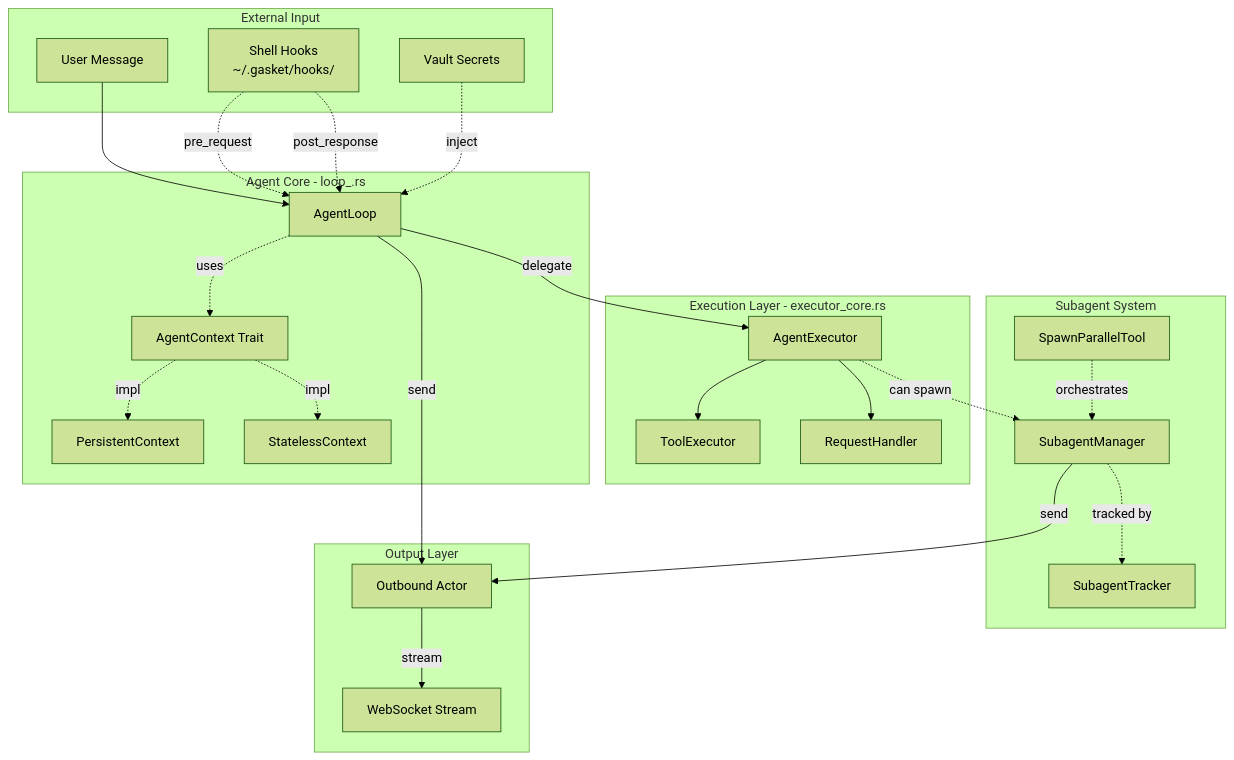
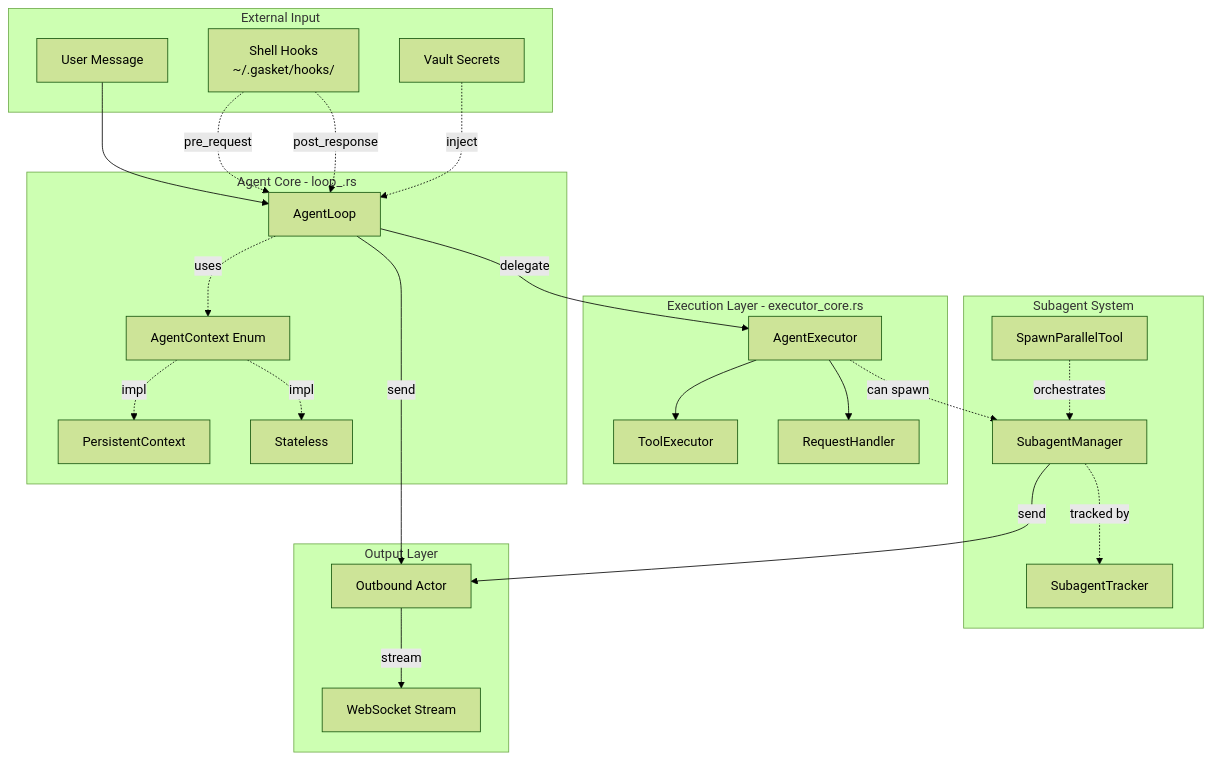
One commit to yeheng/nanobot-rs changed the first of 4 diagrams in docs/agent_flow-en.md. Above: the diagram before and after it, drawn with Mermaid (forest theme). The commit also changed other lines of this file and 22 other files, not shown here.

````diff
--- a/docs/agent_flow-en.md
+++ b/docs/agent_flow-en.md
@@ -9,53 +9,53 @@
 ```mermaid
 flowchart TB
     subgraph External["External Input"]
         User[User Message]
         Hook[Shell Hooks<br/>~/.gasket/hooks/]
         Vault[Vault Secrets]
     end
 
     subgraph AgentCore["Agent Core - loop_.rs"]
         AL[AgentLoop]
-        AC[AgentContext Trait]
+        AC[AgentContext Enum]
         PC[PersistentContext]
-        SC[StatelessContext]
+        SC[Stateless]
     end
 
     subgraph Execution["Execution Layer - executor_core.rs"]
         AE[AgentExecutor]
         TE[ToolExecutor]
         RH[RequestHandler]
     end
 
     subgraph Subagent["Subagent System"]
         SM[SubagentManager]
         ST[SubagentTracker]
         SPT[SpawnParallelTool]
     end
 
     subgraph Output["Output Layer"]
         OB[Outbound Actor]
         WS[WebSocket Stream]
     end
 
     User --> AL
     Hook -.->|pre_request| AL
     Hook -.->|post_response| AL
     Vault -.->|inject| AL
 
     AL -->|delegate| AE
     AE --> TE
     AE --> RH
 
     AL -.->|uses| AC
     AC -.->|impl| PC
     AC -.->|impl| SC
 
     AE -.->|can spawn| SM
     SM -.->|tracked by| ST
     SPT -.->|orchestrates| SM
 
     AL -->|send| OB
     SM -->|send| OB
     OB -->|stream| WS
 ```
````
